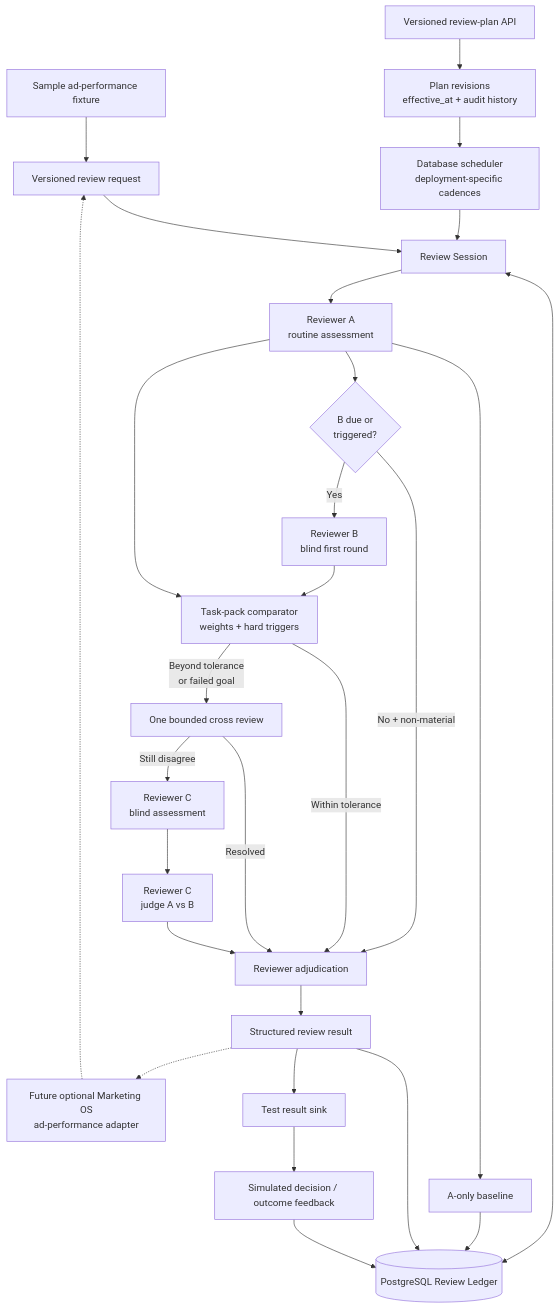
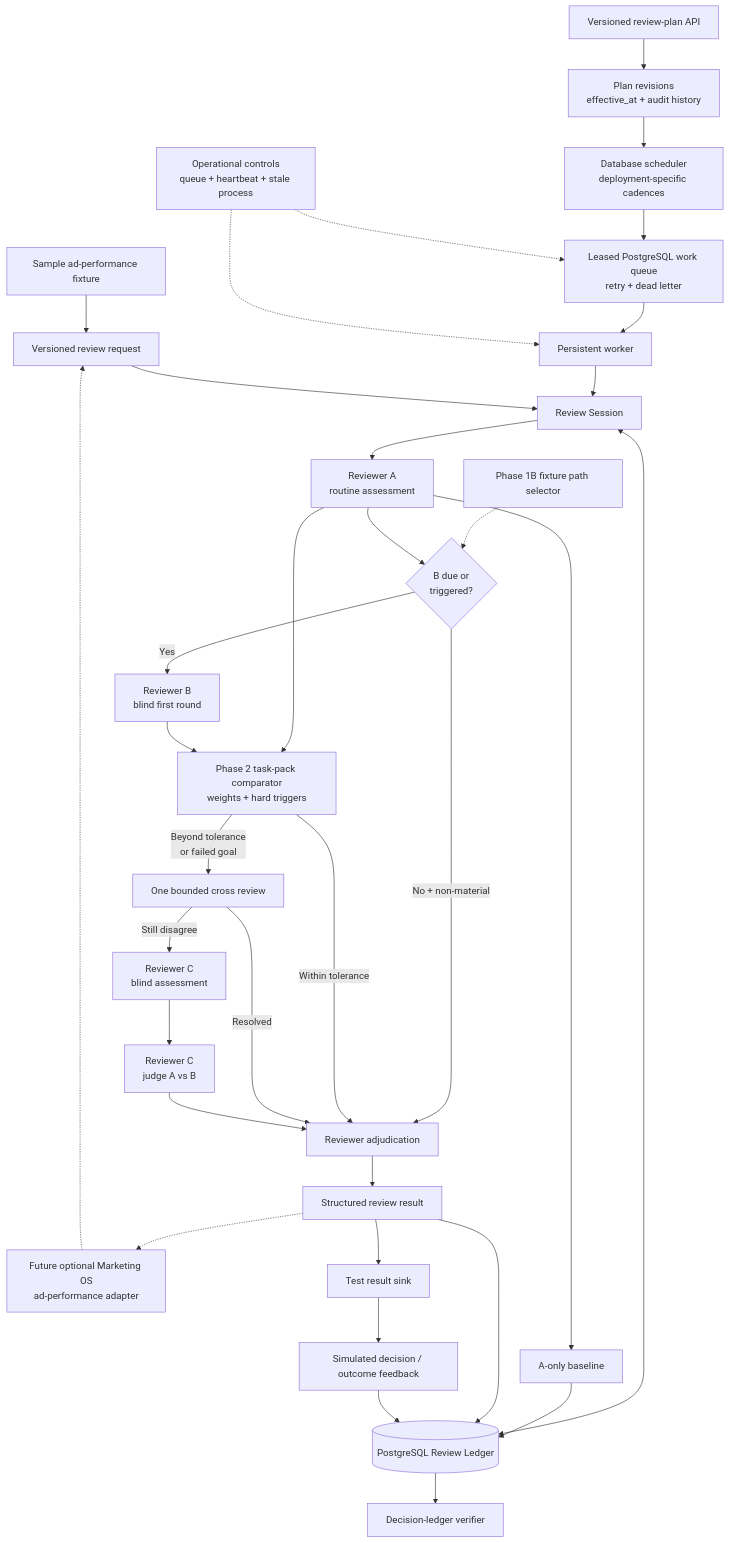
The diagram in MVP_architecture_flow.mmd (0xZanderPander/CONCLAVE), drawn with Mermaid before and after one commit. The commit also changed 29 other files, not shown here.

Commit message:
Complete Phase 1B durable review harness

```diff
--- a/MVP_architecture_flow.mmd
+++ b/MVP_architecture_flow.mmd
@@ -1,30 +1,36 @@
 flowchart TB
     Fixture["Sample ad-performance fixture"] --> Request["Versioned review request"]
     FutureMarketing["Future optional Marketing OS<br/>ad-performance adapter"] -.-> Request
     PlanAPI["Versioned review-plan API"] --> Plans["Plan revisions<br/>effective_at + audit history"]
     Plans --> Scheduler["Database scheduler<br/>deployment-specific cadences"]
-    Scheduler --> Session["Review Session"]
+    Scheduler --> Queue["Leased PostgreSQL work queue<br/>retry + dead letter"]
+    Queue --> Worker["Persistent worker"]
+    Worker --> Session["Review Session"]
     Request --> Session
     Session <--> Ledger[("PostgreSQL Review Ledger")]
+    Ops["Operational controls<br/>queue + heartbeat + stale process"] -.-> Queue
+    Ops -.-> Worker
+    FixturePath["Phase 1B fixture path selector"] -.-> Expand
 
     Session --> A["Reviewer A<br/>routine assessment"]
     A --> Baseline["A-only baseline"]
     Baseline --> Ledger
     A --> Expand{"B due or<br/>triggered?"}
     Expand -->|"No + non-material"| Resolve["Reviewer adjudication"]
     Expand -->|"Yes"| B["Reviewer B<br/>blind first round"]
-    A --> Compare["Task-pack comparator<br/>weights + hard triggers"]
+    A --> Compare["Phase 2 task-pack comparator<br/>weights + hard triggers"]
     B --> Compare
     Compare -->|"Within tolerance"| Resolve
     Compare -->|"Beyond tolerance<br/>or failed goal"| Cross["One bounded cross review"]
     Cross -->|"Resolved"| Resolve
     Cross -->|"Still disagree"| CBlind["Reviewer C<br/>blind assessment"]
     CBlind --> CJudge["Reviewer C<br/>judge A vs B"]
     CJudge --> Resolve
 
     Resolve --> Result["Structured review result"]
     Result --> Ledger
+    Ledger --> Audit["Decision-ledger verifier"]
     Result --> TestSink["Test result sink"]
     TestSink --> Feedback["Simulated decision / outcome feedback"]
     Result -.-> FutureMarketing
     Feedback --> Ledger
```
